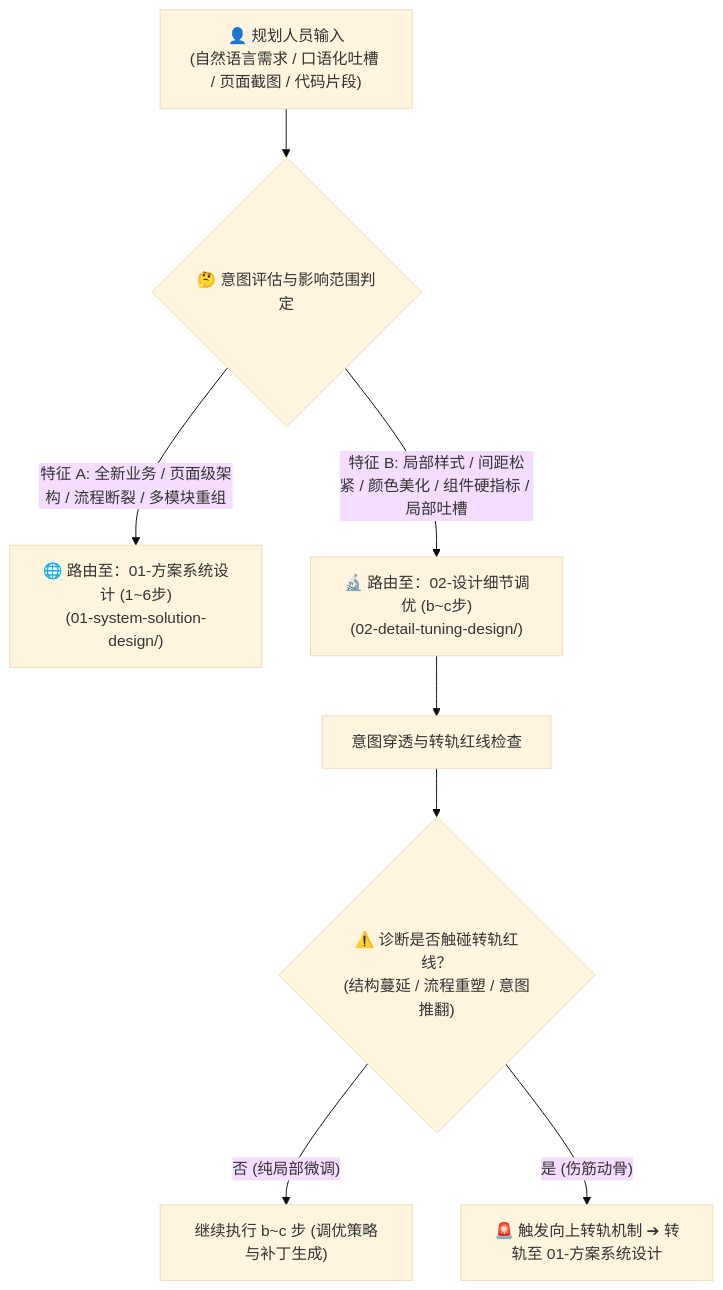
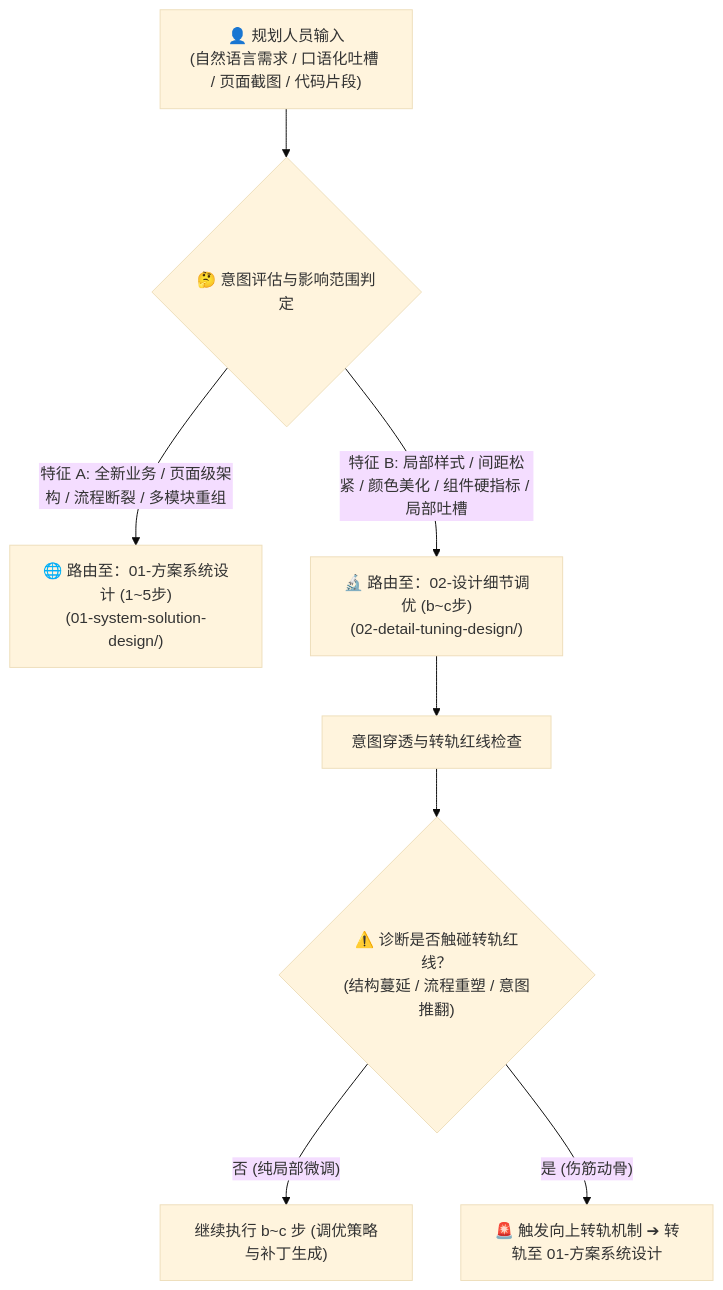
The diagram in 00-triage-and-routing/triage-rules.md (wangjue2026/skill-designer-prism), drawn with Mermaid (base theme) before and after one commit. The commit also changed other lines of this file and 24 other files, not shown here.

````diff
--- a/00-triage-and-routing/triage-rules.md
+++ b/00-triage-and-routing/triage-rules.md
@@ -11,13 +11,13 @@
 ```mermaid
 graph TD
     Input["👤 规划人员输入<br>(自然语言需求 / 口语化吐槽 / 页面截图 / 代码片段)"] --> Eval{"🤔 意图评估与影响范围判定"}
     
-    Eval -->|"特征 A: 全新业务 / 页面级架构 / 流程断裂 / 多模块重组"| Track1["🌐 路由至：01-方案系统设计 (1~6步)<br>(01-system-solution-design/)"]
+    Eval -->|"特征 A: 全新业务 / 页面级架构 / 流程断裂 / 多模块重组"| Track1["🌐 路由至：01-方案系统设计 (1~5步)<br>(01-system-solution-design/)"]
     Eval -->|"特征 B: 局部样式 / 间距松紧 / 颜色美化 / 组件硬指标 / 局部吐槽"| Track2["🔬 路由至：02-设计细节调优 (b~c步)<br>(02-detail-tuning-design/)"]
     
     Track2 --> StepA["意图穿透与转轨红线检查"]
     StepA --> DeepEval{"⚠️ 诊断是否触碰转轨红线？<br>(结构蔓延 / 流程重塑 / 意图推翻)"}
     
     DeepEval -->|"否 (纯局部微调)"| StepBC["继续执行 b~c 步 (调优策略与补丁生成)"]
     DeepEval -->|"是 (伤筋动骨)"| Escalation["🚨 触发向上转轨机制 ➔ 转轨至 01-方案系统设计"]
 ```
````
